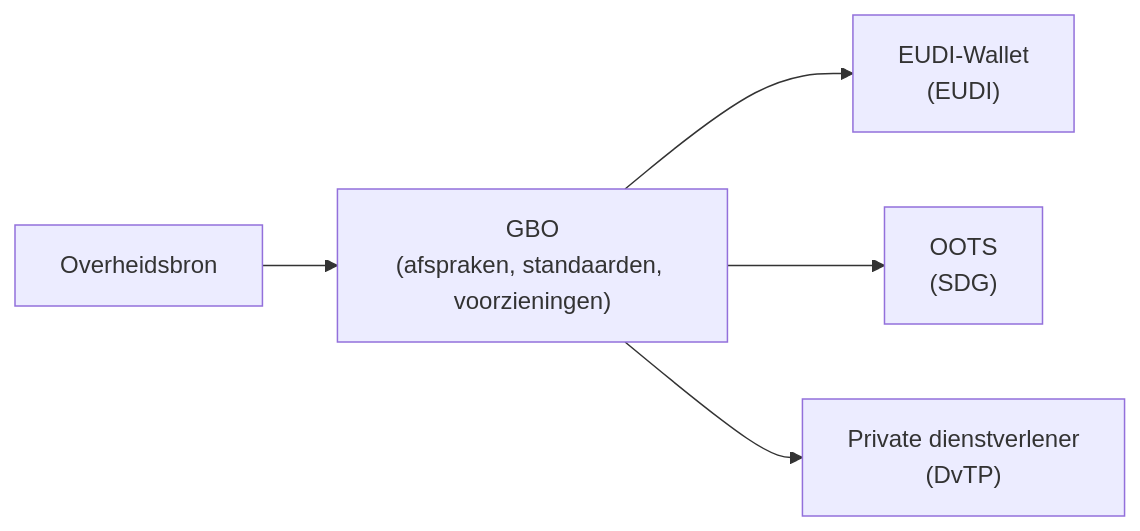
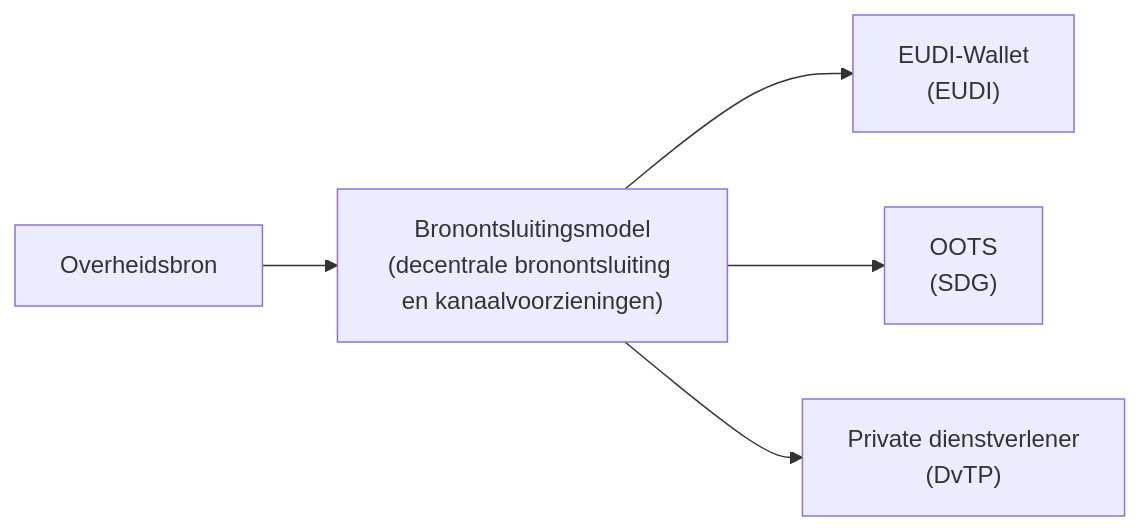
One commit to ICTU/GBO-GO changed the diagram in docs/diagrammen/context-diagram.mmd. Above: the diagram before and after it, drawn with Mermaid. The commit also changed 9 other files, not shown here.

```diff
--- a/docs/diagrammen/context-diagram.mmd
+++ b/docs/diagrammen/context-diagram.mmd
@@ -1,12 +1,12 @@
 flowchart LR
 
 Bronhouder["Overheidsbron"]
-DvTP["GBO<br />(afspraken, standaarden, voorzieningen)"]
+Model["Bronontsluitingsmodel<br />(decentrale bronontsluiting en kanaalvoorzieningen)"]
 Wallet["EUDI-Wallet<br/>(EUDI)"]
 SDG["OOTS<br/>(SDG)"]
 Privaat["Private dienstverlener<br/>(DvTP)"]
 
-Bronhouder --> DvTP
-DvTP --> Wallet
-DvTP --> SDG
-DvTP --> Privaat
+Bronhouder --> Model
+Model --> Wallet
+Model --> SDG
+Model --> Privaat
```
